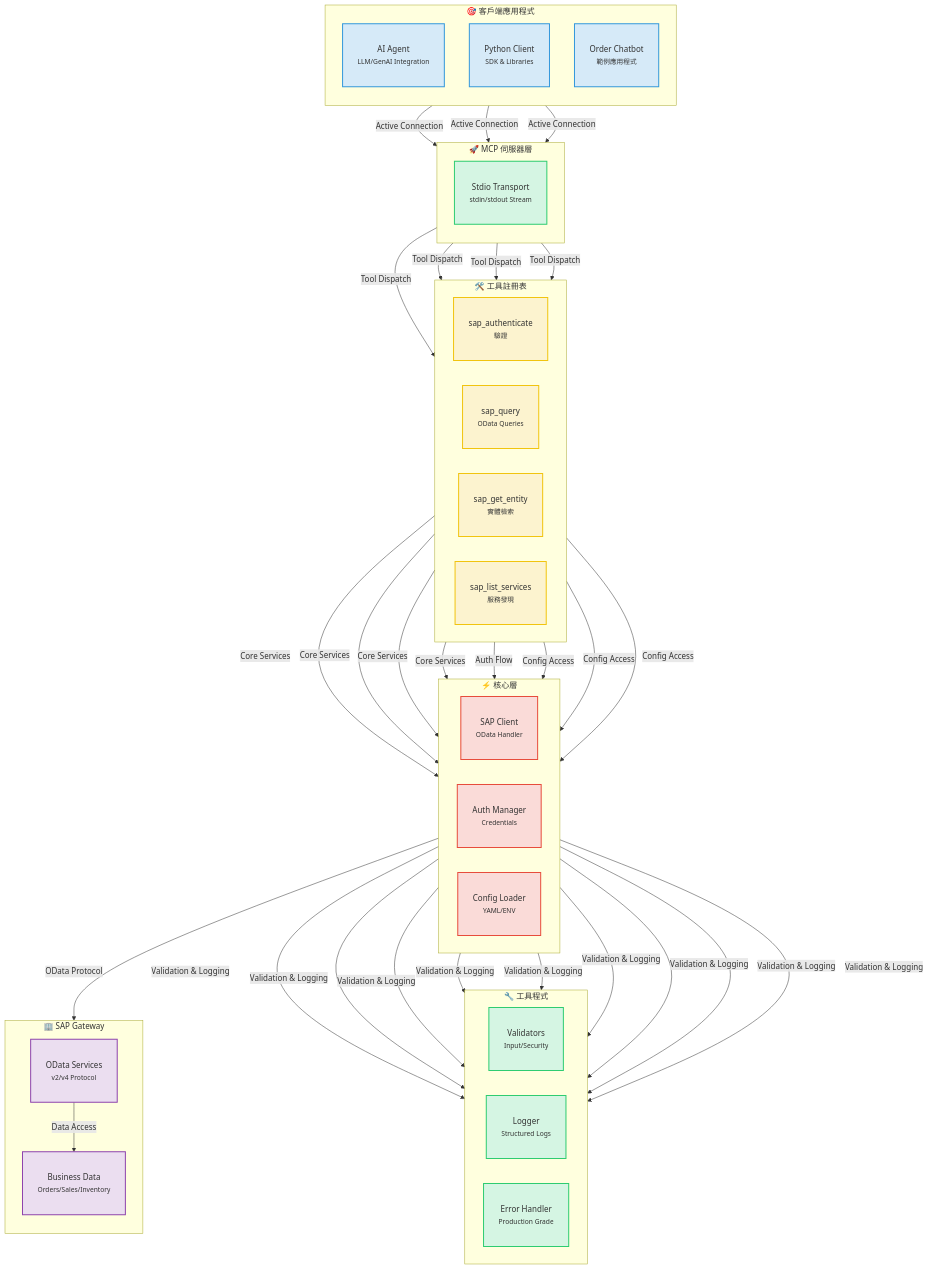
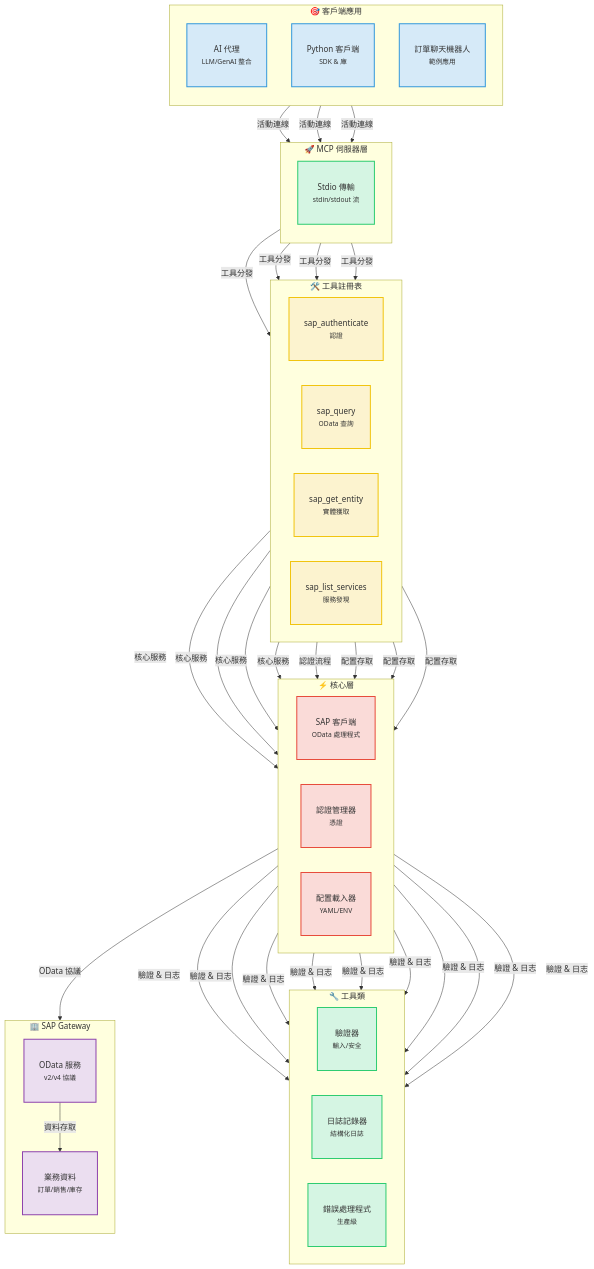
The first of 5 diagrams in README.zh-TW.md (midasol/sap-mcp-server), drawn with Mermaid before and after one commit. The commit also changed other lines of this file and 7 other files, not shown here.

````diff
--- a/README.zh-TW.md
+++ b/README.zh-TW.md
@@ -41,66 +120,66 @@
 ```mermaid
 graph TB
-    subgraph clients["🎯 客戶端應用程式"]
+    subgraph clients["🎯 客戶端應用"]
         direction TB
-        A1["AI Agent<br/><small>LLM/GenAI Integration</small>"]
-        A2["Python Client<br/><small>SDK & Libraries</small>"]
-        A3["Order Chatbot<br/><small>範例應用程式</small>"]
+        A1["AI 代理<br/><small>LLM/GenAI 整合</small>"]
+        A2["Python 客戶端<br/><small>SDK & 庫</small>"]
+        A3["訂單聊天機器人<br/><small>範例應用</small>"]
     end
 
     subgraph transport["🚀 MCP 伺服器層"]
         direction TB
-        B1["Stdio Transport<br/><small>stdin/stdout Stream</small>"]
+        B1["Stdio 傳輸<br/><small>stdin/stdout 流</small>"]
     end
 
     subgraph registry["🛠️ 工具註冊表"]
         direction LR
-        C1["sap_authenticate<br/><small>驗證</small>"]
-        C2["sap_query<br/><small>OData Queries</small>"]
-        C3["sap_get_entity<br/><small>實體檢索</small>"]
+        C1["sap_authenticate<br/><small>認證</small>"]
+        C2["sap_query<br/><small>OData 查詢</small>"]
+        C3["sap_get_entity<br/><small>實體獲取</small>"]
         C4["sap_list_services<br/><small>服務發現</small>"]
     end
 
     subgraph core["⚡ 核心層"]
         direction LR
-        D1["SAP Client<br/><small>OData Handler</small>"]
-        D2["Auth Manager<br/><small>Credentials</small>"]
-        D3["Config Loader<br/><small>YAML/ENV</small>"]
+        D1["SAP 客戶端<br/><small>OData 處理程式</small>"]
+        D2["認證管理器<br/><small>憑證</small>"]
+        D3["配置載入器<br/><small>YAML/ENV</small>"]
     end
 
-    subgraph utils["🔧 工具程式"]
+    subgraph utils["🔧 工具類"]
         direction LR
-        E1["Validators<br/><small>Input/Security</small>"]
-        E2["Logger<br/><small>Structured Logs</small>"]
-        E3["Error Handler<br/><small>Production Grade</small>"]
+        E1["驗證器<br/><small>輸入/安全</small>"]
+        E2["日誌記錄器<br/><small>結構化日誌</small>"]
+        E3["錯誤處理程式<br/><small>生產級</small>"]
     end
 
     subgraph sap["🏢 SAP Gateway"]
         direction TB
-        F1["OData Services<br/><small>v2/v4 Protocol</small>"]
-        F2["Business Data<br/><small>Orders/Sales/Inventory</small>"]
+        F1["OData 服務<br/><small>v2/v4 協議</small>"]
+        F2["業務資料<br/><small>訂單/銷售/庫存</small>"]
     end
 
-    A1 & A2 & A3 -->|Active Connection| B1
-    B1 -->|Tool Dispatch| C1 & C2 & C3 & C4
-    C1 & C2 & C3 & C4 -->|Core Services| D1
-    C1 -->|Auth Flow| D2
-    C2 & C3 & C4 -->|Config Access| D3
-    D1 & D2 & D3 -->|Validation & Logging| E1 & E2 & E3
-    D1 -->|OData Protocol| F1
-    F1 -->|Data Access| F2
+    A1 & A2 & A3 -->|活動連線| B1
+    B1 -->|工具分發| C1 & C2 & C3 & C4
+    C1 & C2 & C3 & C4 -->|核心服務| D1
+    C1 -->|認證流程| D2
+    C2 & C3 & C4 -->|配置存取| D3
+    D1 & D2 & D3 -->|驗證 & 日志| E1 & E2 & E3
+    D1 -->|OData 協議| F1
+    F1 -->|資料存取| F2
 
     classDef clientNode fill:#D6EAF8,stroke:#3498DB,stroke-width:2px,padding:20px
     classDef transportNode fill:#D5F5E3,stroke:#2ECC71,stroke-width:2px,padding:20px
     classDef futureNode fill:#E8E8E8,stroke:#999999,stroke-width:2px,stroke-dasharray:5 5
     classDef toolNode fill:#FCF3CF,stroke:#F1C40F,stroke-width:2px,padding:20px
     classDef coreNode fill:#FADBD8,stroke:#E74C3C,stroke-width:2px,padding:20px
     classDef utilNode fill:#D5F5E3,stroke:#2ECC71,stroke-width:2px,padding:20px
     classDef sapNode fill:#EBDEF0,stroke:#8E44AD,stroke-width:2px,padding:20px
 
     class A1,A2,A3 clientNode
     class B1 transportNode
     class C1,C2,C3,C4 toolNode
     class D1,D2,D3 coreNode
     class E1,E2,E3 utilNode
     class F1,F2 sapNode
 ```
````
